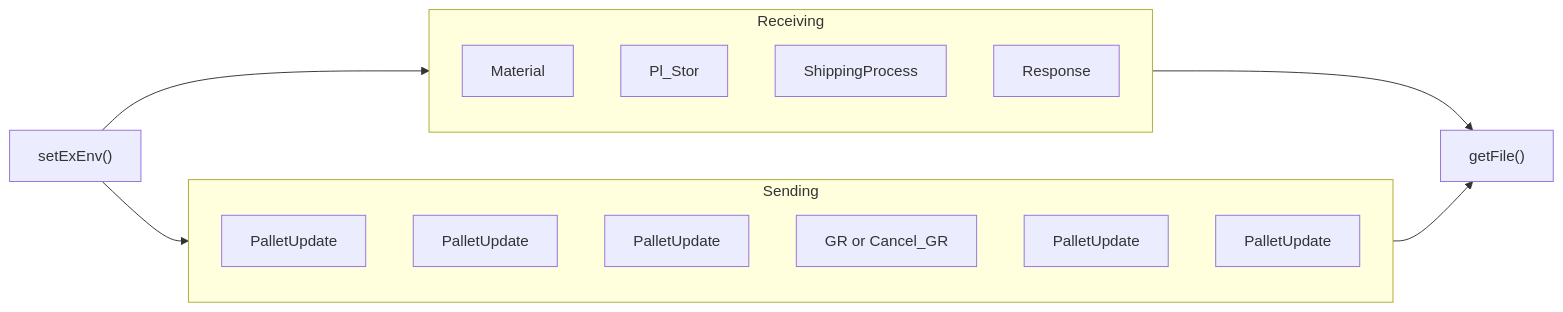
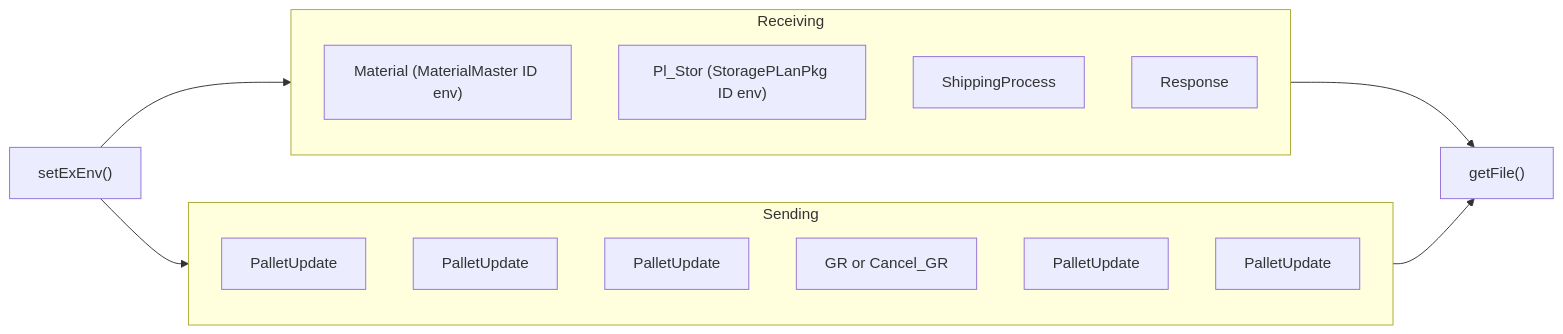
One commit to luthfiadityaa/SimeDarby-Wiki changed the sixth of 6 diagrams in Basic-Design/Host-Interfaces.md. Above: the diagram before and after it, drawn with Mermaid.

Commit message:
Updated Host Interfaces

```diff
--- a/Basic-Design/Host-Interfaces.md
+++ b/Basic-Design/Host-Interfaces.md
@@ -444,23 +444,23 @@
 ::: mermaid
 flowchart LR
  E1["getFile()"]
  C1["setExEnv()"]  
  C1 --> Receiving --> E1
  C1 --> Sending --> E1
 
 subgraph Receiving
- C21["Material"]
- C22["Pl_Stor"] 
+ C21["Material (MaterialMaster ID env)"]
+ C22["Pl_Stor (StoragePLanPkg ID env)"] 
  C23["ShippingProcess"] 
  C24["Response"]
 end
 
 subgraph Sending
  C25["PalletUpdate"]
  C26["PalletUpdate"]
  C27["PalletUpdate"] 
  C28["GR or Cancel_GR"]
  C29["PalletUpdate"] 
  C30["PalletUpdate"] 
 end 
 :::
```
